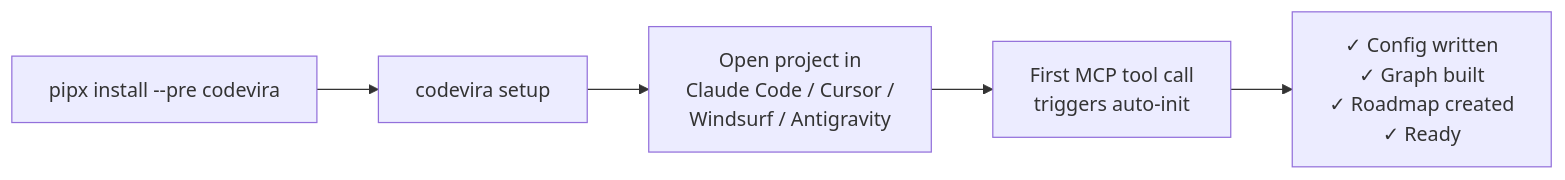
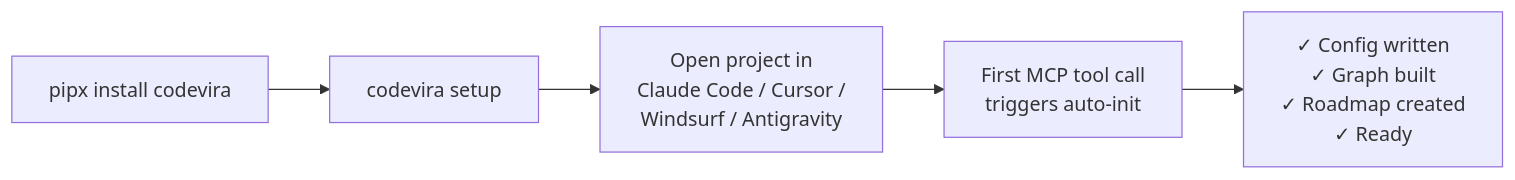
One commit to sachinshelke/codevira changed the first of 3 diagrams in README.md. Above: the diagram before and after it, drawn with Mermaid. The commit also changed other lines of this file and 6 other files, not shown here.

````diff
--- a/README.md
+++ b/README.md
@@ -418,8 +414,8 @@
 ```mermaid
 flowchart LR
 
-A["pipx install --pre codevira"] --> B["codevira setup"]
+A["pipx install codevira"] --> B["codevira setup"]
 B --> C["Open project in\nClaude Code / Cursor /\nWindsurf / Antigravity"]
 C --> D["First MCP tool call\ntriggers auto-init"]
 D --> E["✓ Config written\n✓ Graph built\n✓ Roadmap created\n✓ Ready"]
 ```
````
